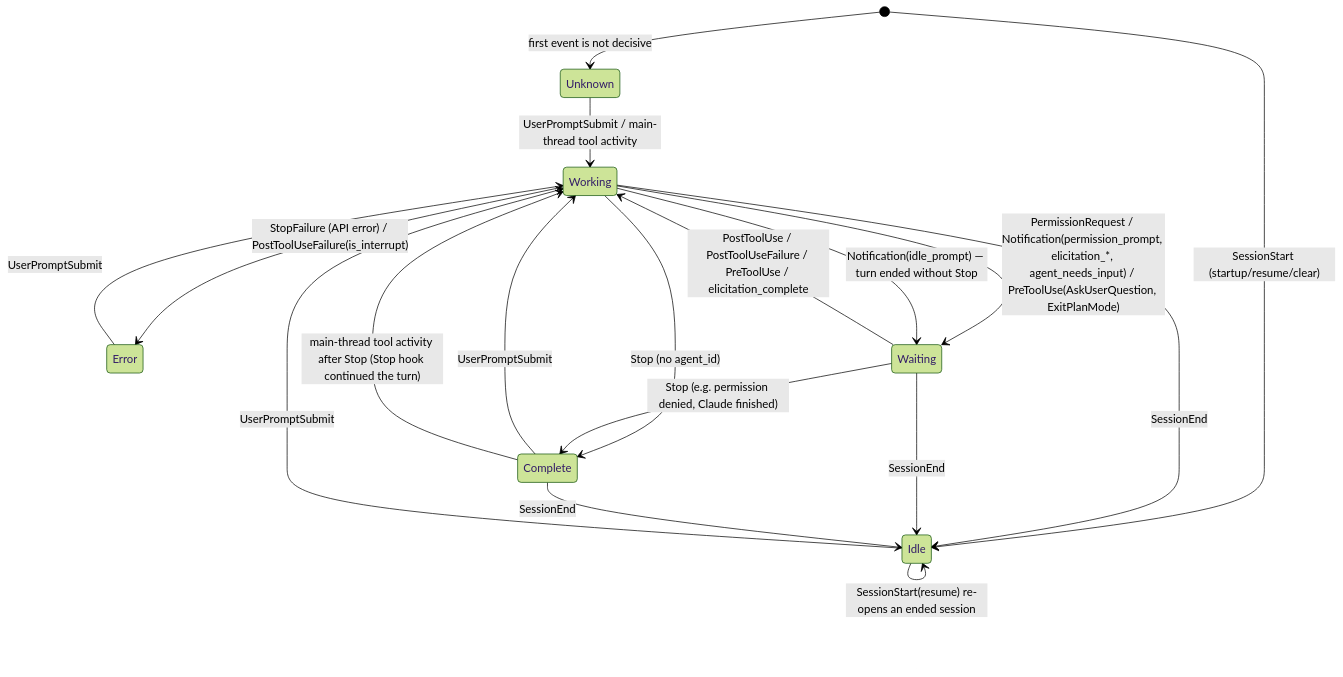
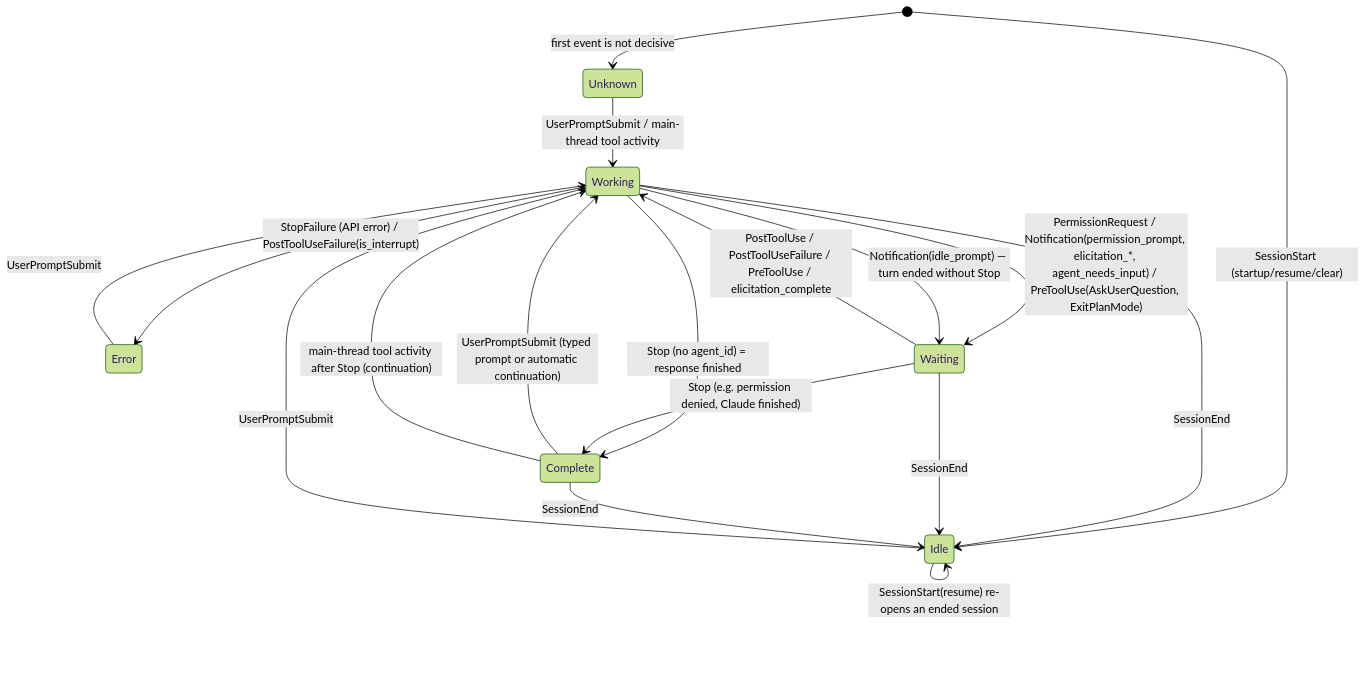
The second of 2 diagrams in docs/ARCHITECTURE.md (audiophreak/claude-status), drawn with Mermaid (forest theme) before and after one commit. The commit also changed other lines of this file and 34 other files, not shown here.

````diff
--- a/docs/ARCHITECTURE.md
+++ b/docs/ARCHITECTURE.md
@@ -48,20 +66,20 @@
 ```mermaid
 stateDiagram-v2
     [*] --> Unknown: first event is not decisive
     [*] --> Idle: SessionStart (startup/resume/clear)
     Idle --> Working: UserPromptSubmit
     Unknown --> Working: UserPromptSubmit / main-thread tool activity
-    Complete --> Working: UserPromptSubmit
-    Complete --> Working: main-thread tool activity after Stop (Stop hook continued the turn)
+    Complete --> Working: UserPromptSubmit (typed prompt or automatic continuation)
+    Complete --> Working: main-thread tool activity after Stop (continuation)
     Error --> Working: UserPromptSubmit
     Working --> Waiting: PermissionRequest / Notification(permission_prompt, elicitation_*, agent_needs_input) / PreToolUse(AskUserQuestion, ExitPlanMode)
     Waiting --> Working: PostToolUse / PostToolUseFailure / PreToolUse / elicitation_complete
-    Working --> Complete: Stop (no agent_id)
+    Working --> Complete: Stop (no agent_id) = response finished
     Waiting --> Complete: Stop (e.g. permission denied, Claude finished)
     Working --> Error: StopFailure (API error) / PostToolUseFailure(is_interrupt)
     Working --> Waiting: Notification(idle_prompt) — turn ended without Stop
     Working --> Idle: SessionEnd
     Waiting --> Idle: SessionEnd
     Complete --> Idle: SessionEnd
     Idle --> Idle: SessionStart(resume) re-opens an ended session
 ```
````
